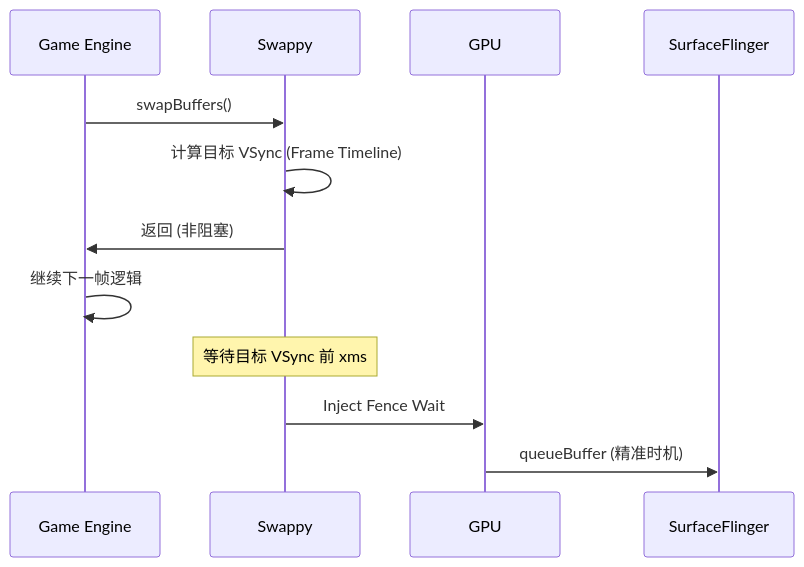
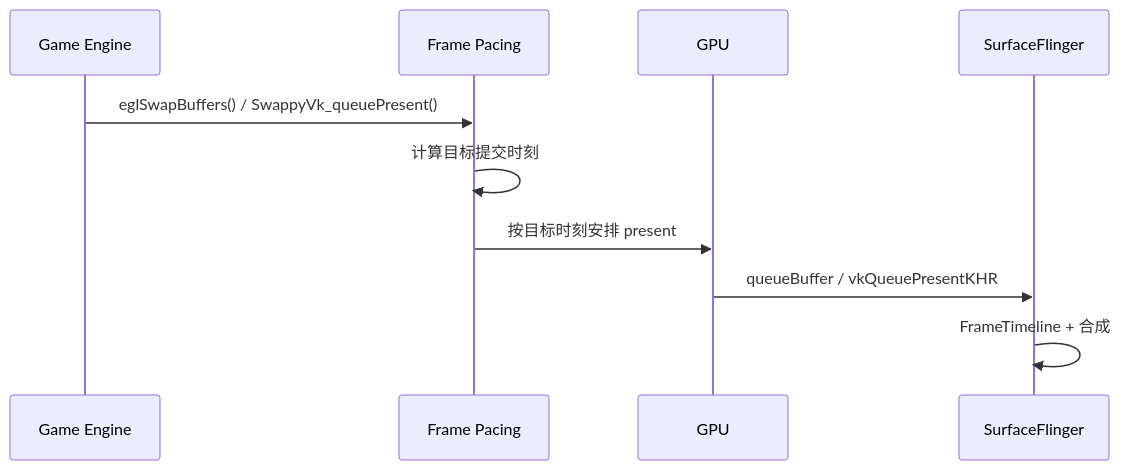
One commit to Gracker/android-internals-wiki changed the second of 2 diagrams in src/part2-performance/ch18-rendering-pipelines/16-game-engine.md. Above: the diagram before and after it, drawn with Mermaid. The commit also changed other lines of this file and 2 other files, not shown here.

````diff
--- a/src/part2-performance/ch18-rendering-pipelines/16-game-engine.md
+++ b/src/part2-performance/ch18-rendering-pipelines/16-game-engine.md
@@ -121,16 +123,13 @@
 ```mermaid
 sequenceDiagram
     participant App as Game Engine
-    participant Swappy as Swappy
+    participant Swappy as Frame Pacing
     participant GPU as GPU
     participant SF as SurfaceFlinger
 
-    App->>Swappy: swapBuffers()
-    Swappy->>Swappy: 计算目标 VSync (Frame Timeline)
-    Swappy->>App: 返回 (非阻塞)
-    App->>App: 继续下一帧逻辑
-    
-    Note over Swappy: 等待目标 VSync 前 xms
-    Swappy->>GPU: Inject Fence Wait
-    GPU->>SF: queueBuffer (精准时机)
+    App->>Swappy: eglSwapBuffers() / SwappyVk_queuePresent()
+    Swappy->>Swappy: 计算目标提交时刻
+    Swappy->>GPU: 按目标时刻安排 present
+    GPU->>SF: queueBuffer / vkQueuePresentKHR
+    SF->>SF: FrameTimeline + 合成
 ```
````
